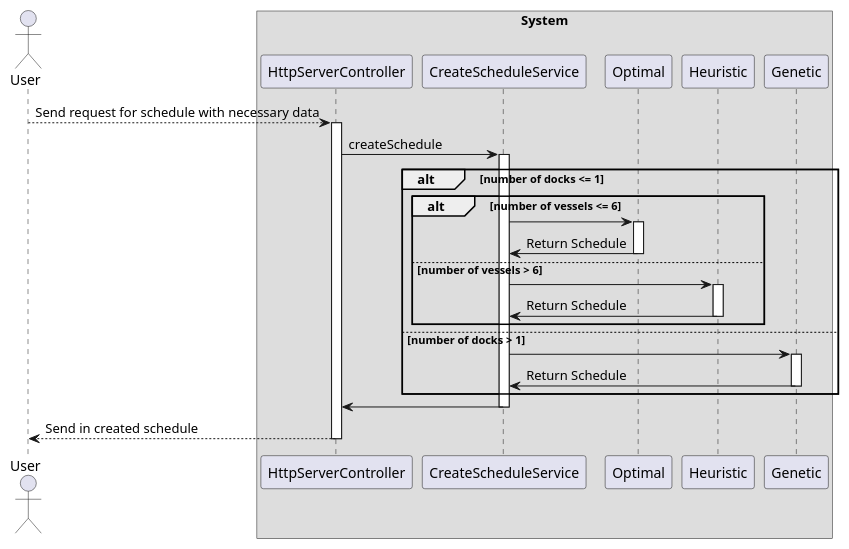
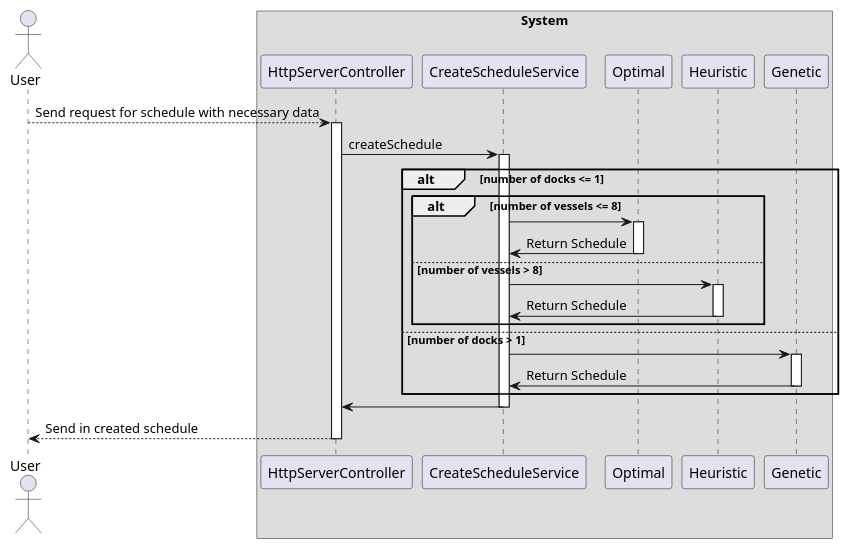
Before and after one commit to crodrigos/IARTI-2425: the diagram in docs/AlgorithmSelection.sd.puml, drawn with PlantUML. The commit also changed 8 other files, not shown here.

```diff
--- a/docs/AlgorithmSelection.sd.puml
+++ b/docs/AlgorithmSelection.sd.puml
@@ -1,55 +1,55 @@
-@startuml AlgorithmSelection_SD
+@startuml AlgorithmSelection.sd
 
 actor user as "User"
 
 box "System"
 participant http as "HttpServerController"
 participant schService as "CreateScheduleService"
 participant Optimal
 participant Heuristic
 participant Genetic
 end box
 
 
 user --> http : Send request for schedule with necessary data
 activate http
 
 http -> schService : createSchedule
 activate schService
 
 alt number of docks <= 1
 
-    alt number of vessels <= 6
+    alt number of vessels <= 8
 
         schService -> Optimal
         activate Optimal
         Optimal -> schService : Return Schedule
         deactivate Optimal
 
-    else number of vessels > 6
+    else number of vessels > 8
 
         schService -> Heuristic
         activate Heuristic
         Heuristic -> schService : Return Schedule
         deactivate Heuristic
 
     end
 
 else number of docks > 1
 
     schService -> Genetic 
     activate Genetic
     Genetic -> schService : Return Schedule
     deactivate Genetic
 
 end
 
 
 schService -> http
 deactivate schService
 
 http --> user : Send in created schedule
 deactivate http
 
 
 @enduml
```
